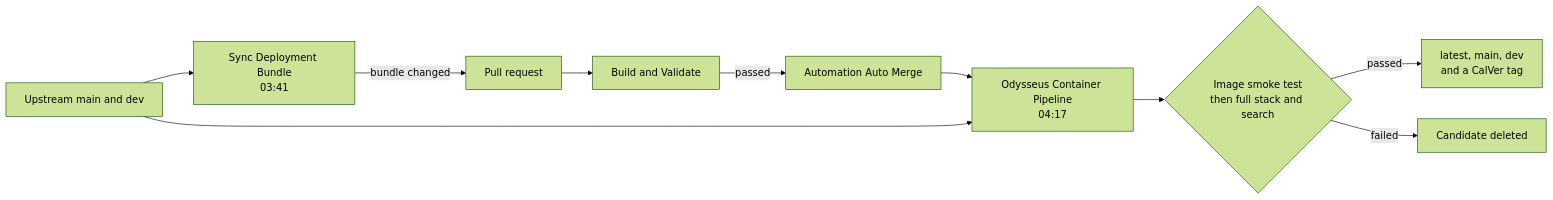
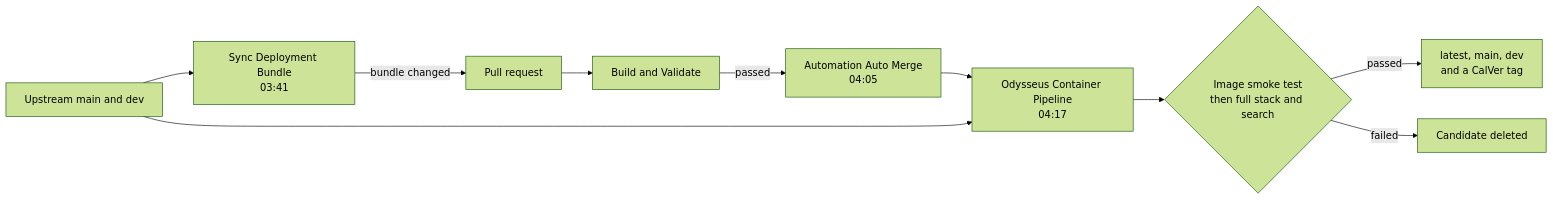
Before and after one commit to netspeedy/odysseusai: the diagram in README.md, drawn with Mermaid (forest theme). The commit also changed 3 other files, not shown here.

````diff
--- a/README.md
+++ b/README.md
@@ -99,12 +99,12 @@
 ```mermaid
 flowchart LR
   up[Upstream main and dev] --> sync[Sync Deployment Bundle<br/>03:41]
   sync -->|bundle changed| pr[Pull request]
   pr --> validate[Build and Validate]
-  validate -->|passed| merge[Automation Auto Merge]
+  validate -->|passed| merge[Automation Auto Merge<br/>04:05]
   merge --> images
   up --> images[Odysseus Container Pipeline<br/>04:17]
   images --> gates{Image smoke test<br/>then full stack and search}
   gates -->|passed| tags[latest, main, dev<br/>and a CalVer tag]
   gates -->|failed| drop[Candidate deleted]
 ```
````
